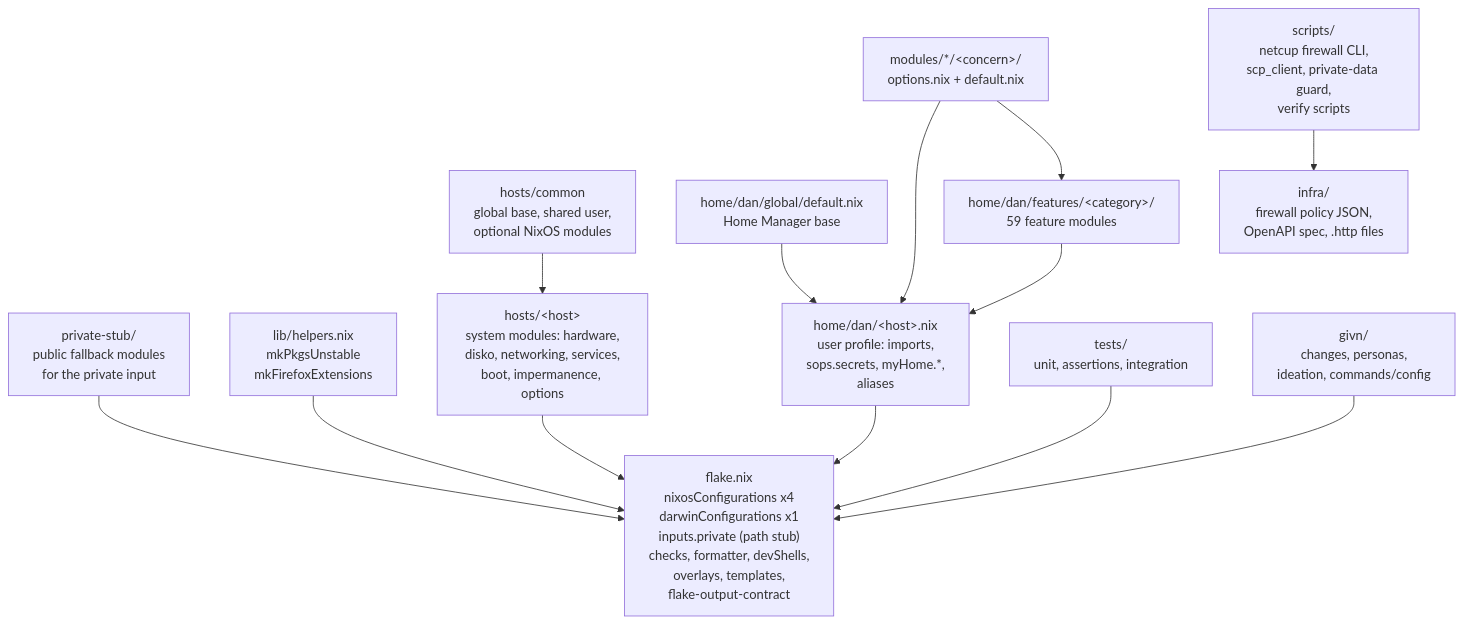
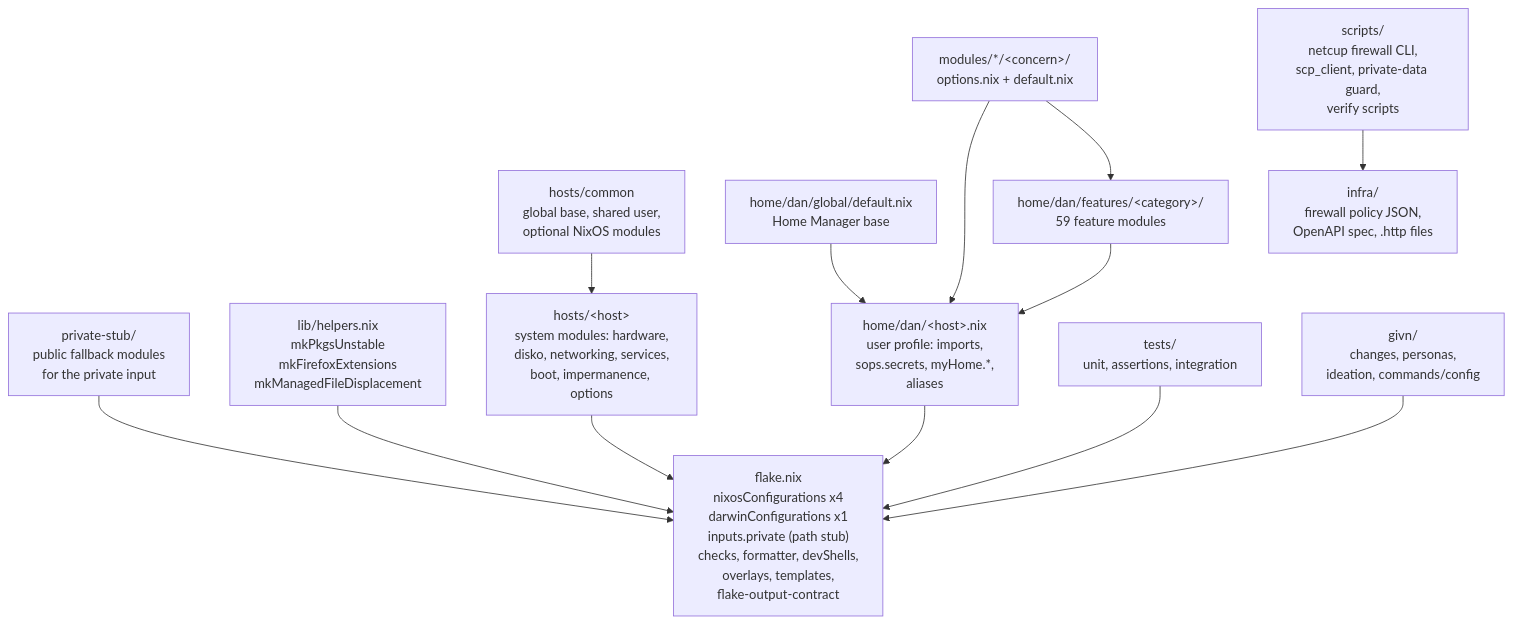
Before and after one commit to kressnerd/nix-config: the diagram in docs/arc42/05-building-block-view.md, drawn with Mermaid. The commit also changed other lines of this file and 18 other files, not shown here.

First line of the commit message:
feat(managed-file-displacement): Applying a device's configuration completes even when a program on the device has rewritten a file the configuration manages.

````diff
--- a/docs/arc42/05-building-block-view.md
+++ b/docs/arc42/05-building-block-view.md
@@ -9,29 +9,29 @@
 ```mermaid
 flowchart TB
   flake["flake.nix<br/>nixosConfigurations x4<br/>darwinConfigurations x1<br/>inputs.private (path stub)<br/>checks, formatter, devShells,<br/>overlays, templates,<br/>flake-output-contract"]
   stub["private-stub/<br/>public fallback modules<br/>for the private input"]
-  lib["lib/helpers.nix<br/>mkPkgsUnstable<br/>mkFirefoxExtensions"]
+  lib["lib/helpers.nix<br/>mkPkgsUnstable<br/>mkFirefoxExtensions<br/>mkManagedFileDisplacement"]
   common["hosts/common<br/>global base, shared user,<br/>optional NixOS modules"]
   hostmods["hosts/&lt;host&gt;<br/>system modules: hardware,<br/>disko, networking, services,<br/>boot, impermanence, options"]
   hmprof["home/dan/&lt;host&gt;.nix<br/>user profile: imports,<br/>sops.secrets, myHome.*,<br/>aliases"]
   hmglobal["home/dan/global/default.nix<br/>Home Manager base"]
   optmods["modules/*/&lt;concern&gt;/<br/>options.nix + default.nix"]
   feats["home/dan/features/&lt;category&gt;/<br/>59 feature modules"]
   scripts["scripts/<br/>netcup firewall CLI,<br/>scp_client, private-data guard,<br/>verify scripts"]
   infra["infra/<br/>firewall policy JSON,<br/>OpenAPI spec, .http files"]
   tests["tests/<br/>unit, assertions, integration"]
   givnspec["givn/<br/>changes, personas,<br/>ideation, commands/config"]
 
   lib --> flake
   stub --> flake
   common --> hostmods
   hostmods --> flake
   optmods --> hmprof
   optmods --> feats
   hmglobal --> hmprof
   feats --> hmprof
   hmprof --> flake
   tests --> flake
   scripts --> infra
   givnspec --> flake
 ```
````
